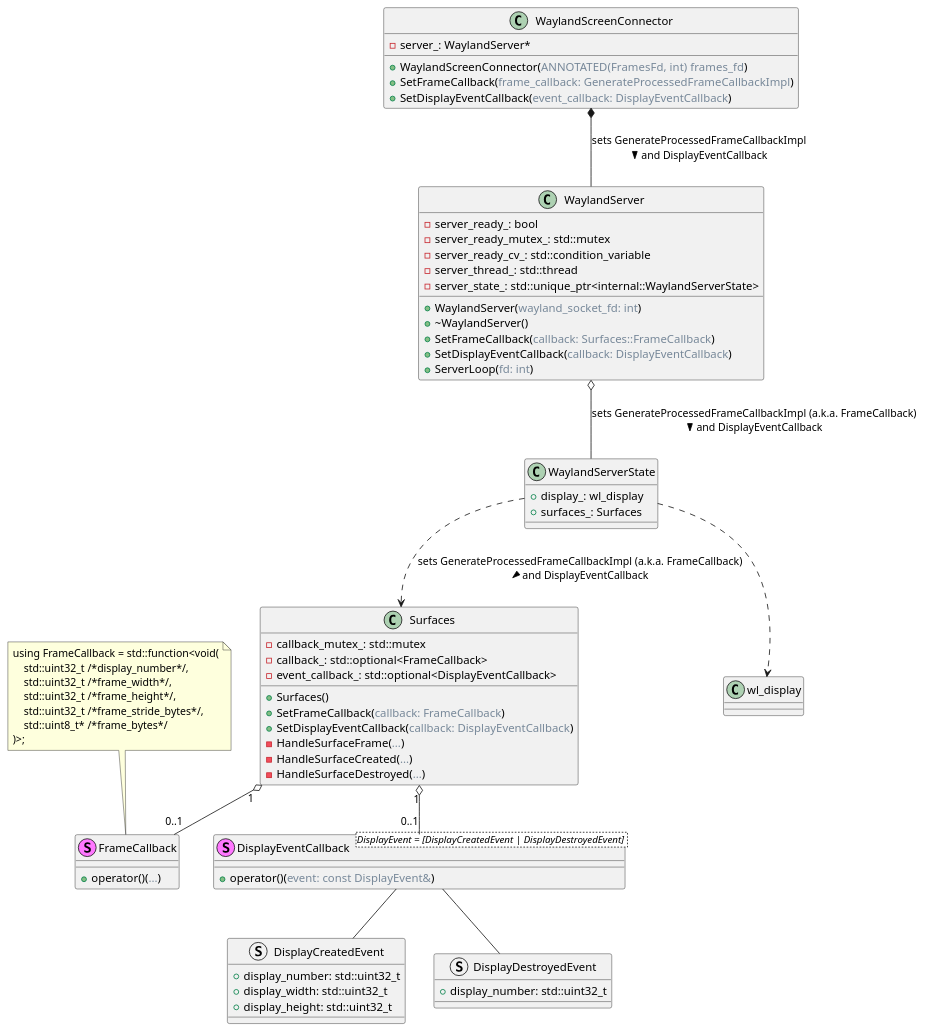
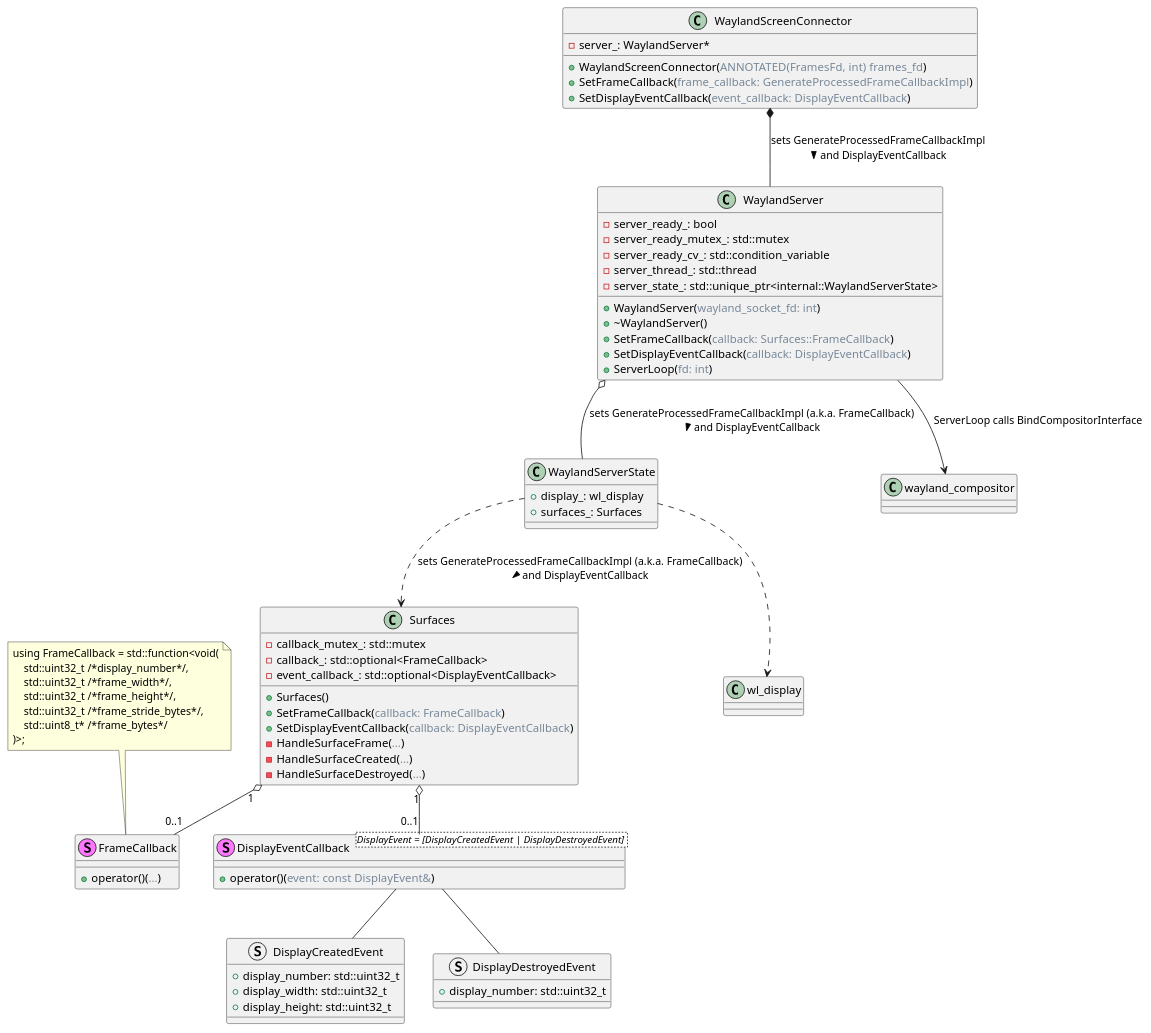
One commit to dmitvitalii/cf_diagrams changed the diagram in wayland_server_diagram.puml. Above: the diagram before and after it, drawn with PlantUML.

Commit message:
Add ServerLoop call of BindCompositorInterface

```diff
--- a/wayland_server_diagram.puml
+++ b/wayland_server_diagram.puml
@@ -1,78 +1,79 @@
 @startuml
 
 class Surfaces {
   + Surfaces()
   + SetFrameCallback(<color:LightSlateGray>callback: FrameCallback</color>)
   + SetDisplayEventCallback(<color:LightSlateGray>callback: DisplayEventCallback</color>)
 
   - callback_mutex_: std::mutex
   - callback_: std::optional<FrameCallback>
   - event_callback_: std::optional<DisplayEventCallback>
 
   - HandleSurfaceFrame(<color:LightSlateGray>...</color>)
   - HandleSurfaceCreated(<color:LightSlateGray>...</color>)
   - HandleSurfaceDestroyed(<color:LightSlateGray>...</color>)
 }
 
 class WaylandScreenConnector {
   -server_: WaylandServer*
   +WaylandScreenConnector(<color:LightSlateGray>ANNOTATED(FramesFd, int) frames_fd</color>)
   +SetFrameCallback(<color:LightSlateGray>frame_callback: GenerateProcessedFrameCallbackImpl</color>)
   +SetDisplayEventCallback(<color:LightSlateGray>event_callback: DisplayEventCallback</color>)
 }
 
 class WaylandServer {
   -server_ready_: bool
   -server_ready_mutex_: std::mutex
   -server_ready_cv_: std::condition_variable
   -server_thread_: std::thread
   -server_state_: std::unique_ptr<internal::WaylandServerState>
   +WaylandServer(<color:LightSlateGray>wayland_socket_fd: int</color>)
   +~WaylandServer()
   +SetFrameCallback(<color:LightSlateGray>callback: Surfaces::FrameCallback</color>)
   +SetDisplayEventCallback(<color:LightSlateGray>callback: DisplayEventCallback</color>)
   +ServerLoop(<color:LightSlateGray>fd: int</color>)
 }
 
 stereotype FrameCallback {
   +operator()(<color:LightSlateGray>...</color>)
 }
 note top of FrameCallback: using FrameCallback = std::function<void(\n    std::uint32_t /*display_number*/,\n    std::uint32_t /*frame_width*/,\n    std::uint32_t /*frame_height*/,\n    std::uint32_t /*frame_stride_bytes*/,\n    std::uint8_t* /*frame_bytes*/\n)>;
 
 
 struct DisplayCreatedEvent {
   +display_number: std::uint32_t
   +display_width: std::uint32_t
   +display_height: std::uint32_t
 }
 
 struct DisplayDestroyedEvent {
   +display_number: std::uint32_t
 }
 
 stereotype DisplayEventCallback<DisplayEvent = [DisplayCreatedEvent | DisplayDestroyedEvent] > {
   +operator()(<color:LightSlateGray>event: const DisplayEvent&</color>)
 }
  
 
 class WaylandServerState {
   +display_: wl_display
   +surfaces_: Surfaces
 }
 
 
 WaylandScreenConnector *-- WaylandServer : sets GenerateProcessedFrameCallbackImpl\nand DisplayEventCallback >
 
 WaylandServer o-- WaylandServerState : sets GenerateProcessedFrameCallbackImpl (a.k.a. FrameCallback)\nand DisplayEventCallback >
+WaylandServer --> wayland_compositor : ServerLoop calls BindCompositorInterface
+
 WaylandServerState ..> Surfaces : sets GenerateProcessedFrameCallbackImpl (a.k.a. FrameCallback)\nand DisplayEventCallback >
-
 WaylandServerState ..> wl_display
 
 Surfaces "1" o-- "0..1" FrameCallback
 Surfaces "1" o-- "0..1" DisplayEventCallback
 
 
 DisplayEventCallback -- DisplayCreatedEvent 
 DisplayEventCallback -- DisplayDestroyedEvent
 
 @enduml
```
